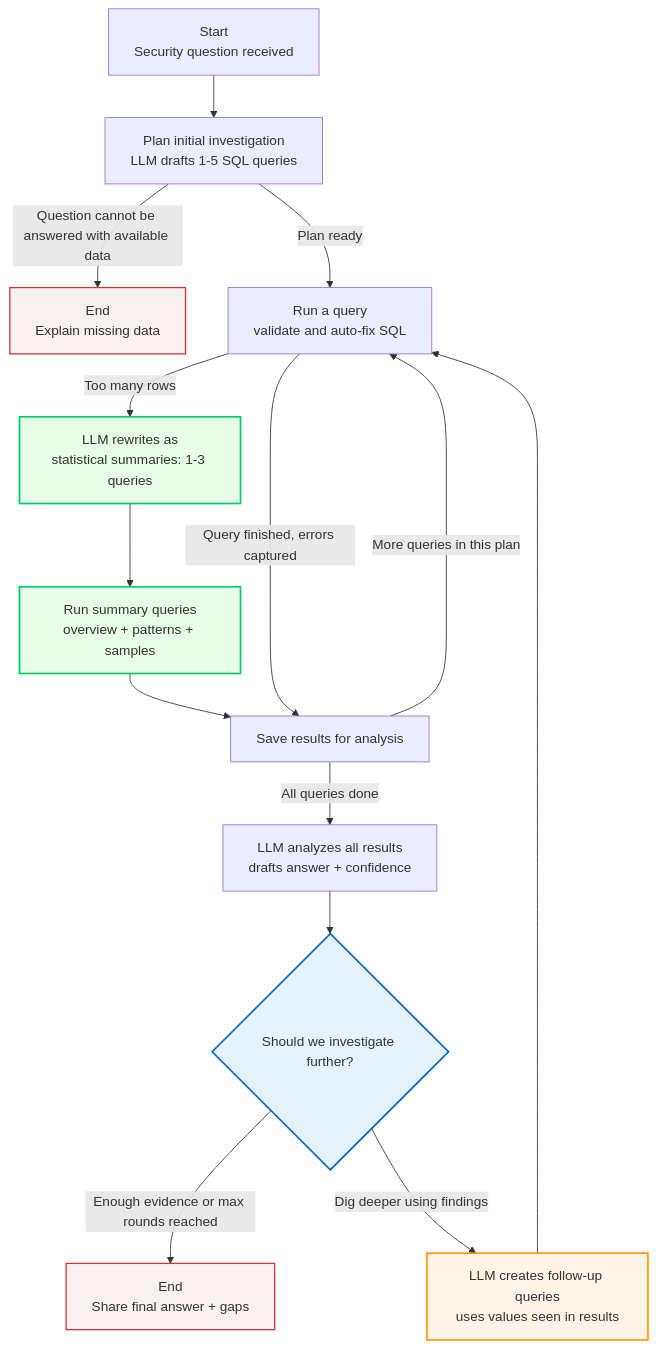
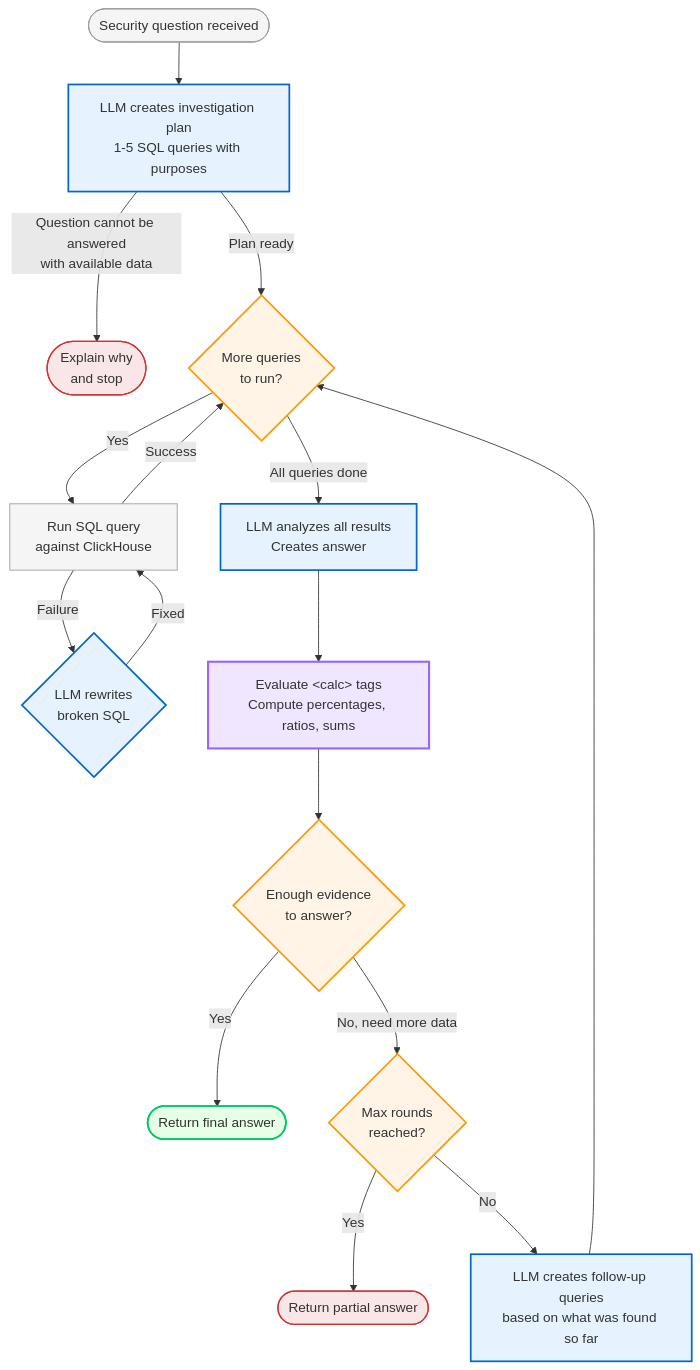
Before and after one commit to hokamoto/security-investigation-agent: the diagram in workflow.mmd, drawn with Mermaid. The commit also changed 64 other files, not shown here.

Commit message:
Comprehensive re-architecture

```diff
--- a/workflow.mmd
+++ b/workflow.mmd
@@ -1,25 +1,43 @@
-%% Workflow of the SIEM agent multi-node investigation with re-planning
+%% SIEM Agent Investigation Workflow
+%% How the agent uses LLM to investigate security questions iteratively
 flowchart TD
-    A[Start<br>Security question received] --> B[Plan initial investigation<br>LLM drafts 1-5 SQL queries]
-    B -->|Question cannot be answered with available data| Z1[End<br>Explain missing data]
-    B -->|Plan ready| C[Run a query<br>validate and auto-fix SQL]
-    C -->|Too many rows| C1[LLM rewrites as<br>statistical summaries: 1-3 queries]
-    C1 --> C2[Run summary queries<br>overview + patterns + samples]
-    C2 --> D[Save results for analysis]
-    C -->|Query finished, errors captured| D
-    D -->|More queries in this plan| C
-    D -->|All queries done| E[LLM analyzes all results<br>drafts answer + confidence]
-    E --> F{Should we investigate further?}
-    F -->|Enough evidence or max rounds reached| Z2[End<br>Share final answer + gaps]
-    F -->|Dig deeper using findings| G[LLM creates follow-up queries<br>uses values seen in results]
-    G --> C
+    START([Security question received]) --> PLAN["LLM creates investigation plan<br>1-5 SQL queries with purposes"]
 
-    %% Notes
-    classDef terminal fill:#f9f0f0,stroke:#cc3333,stroke-width:1.5px
-    classDef decision fill:#e6f3ff,stroke:#0066cc,stroke-width:2px
-    classDef replan fill:#fff4e6,stroke:#ff9900,stroke-width:2px
-    classDef summary fill:#e6ffe6,stroke:#00cc66,stroke-width:2px
-    class Z1,Z2 terminal
-    class F decision
-    class G replan
-    class C1,C2 summary
+    PLAN -->|Question cannot be answered<br>with available data| END_UNANS([Explain why<br>and stop])
+    PLAN -->|Plan ready| EXEC_LOOP{More queries<br>to run?}
+
+    EXEC_LOOP -->|Yes| EXEC_SQL[Run SQL query<br>against ClickHouse]
+
+    EXEC_SQL -->|Success| EXEC_LOOP
+
+    EXEC_SQL -->|Failure| REPAIR{"LLM rewrites<br>broken SQL"}
+    REPAIR -->|Fixed| EXEC_SQL
+
+    EXEC_LOOP -->|All queries done| SYNTH["LLM analyzes all results<br>Creates answer"]
+
+    SYNTH --> CALC_EVAL["Evaluate &lt;calc&gt; tags<br>Compute percentages, ratios, sums"]
+
+    CALC_EVAL --> DECISION{Enough evidence<br>to answer?}
+
+    DECISION -->|Yes| END_OK([Return final answer])
+
+    DECISION -->|No, need more data| MAX_CHECK{Max rounds<br>reached?}
+    MAX_CHECK -->|Yes| END_FORCED([Return partial answer])
+
+    MAX_CHECK -->|No| REPLAN["LLM creates follow-up queries<br>based on what was found so far"]
+    REPLAN --> EXEC_LOOP
+
+    %% Styling
+    classDef llmCall fill:#e6f3ff,stroke:#0066cc,stroke-width:2px
+    classDef decision fill:#fff4e6,stroke:#ff9900,stroke-width:2px
+    classDef endOk fill:#e6ffe6,stroke:#00cc66,stroke-width:2px
+    classDef endErr fill:#f9e6e6,stroke:#cc3333,stroke-width:1.5px
+    classDef process fill:#f5f5f5,stroke:#999,stroke-width:1px
+    classDef highlight fill:#f0e6ff,stroke:#9966ff,stroke-width:2.5px
+
+    class PLAN,REPAIR,SYNTH,REPLAN llmCall
+    class DECISION,EXEC_LOOP,MAX_CHECK decision
+    class END_OK endOk
+    class END_UNANS,END_FORCED endErr
+    class START,EXEC_SQL process
+    class CALC_EVAL highlight
```
